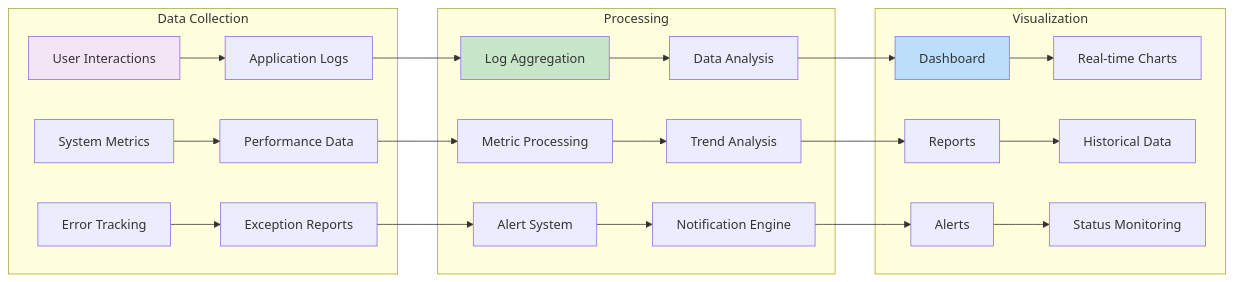
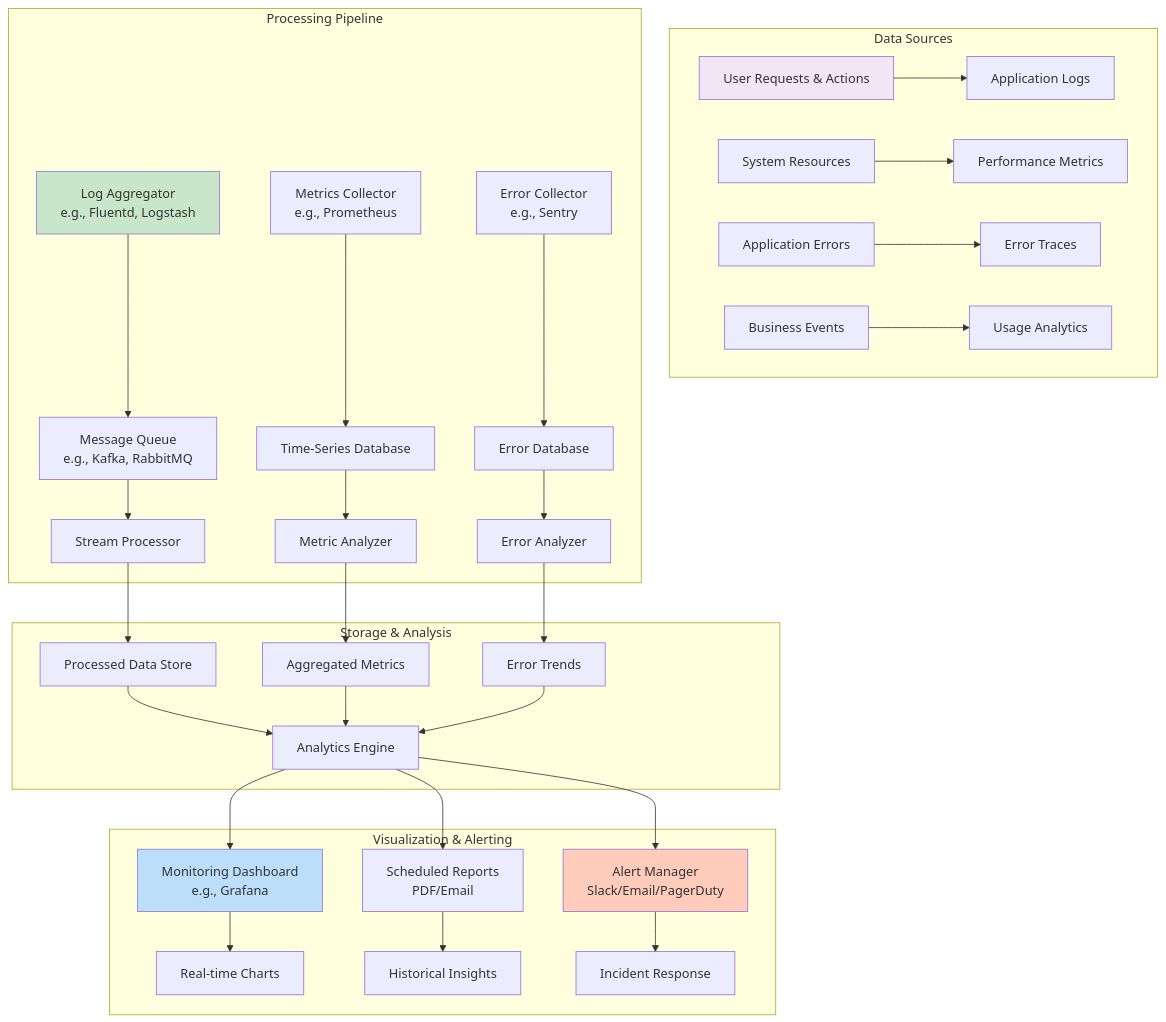
Diagram 12 of 12 in readme.md (thato2-5/text_summarizer), drawn with Mermaid before and after one commit. The commit also changed other lines of this file, not shown here.

Commit message:
Revise API and monitoring diagrams for better clarity
Updated API endpoints and monitoring diagrams for clarity.

````diff
--- a/readme.md
+++ b/readme.md
@@ -440,32 +440,44 @@
 ```mermaid
-graph LR
-    subgraph "Data Collection"
-        A[User Interactions] --> B[Application Logs]
-        C[System Metrics] --> D[Performance Data]
-        E[Error Tracking] --> F[Exception Reports]
+graph TB
+    subgraph "Data Sources"
+        A[User Requests & Actions] --> B[Application Logs]
+        C[System Resources] --> D[Performance Metrics]
+        E[Application Errors] --> F[Error Traces]
+        G[Business Events] --> H[Usage Analytics]
     end
 
-    subgraph "Processing"
-        G[Log Aggregation] --> H[Data Analysis]
-        I[Metric Processing] --> J[Trend Analysis]
-        K[Alert System] --> L[Notification Engine]
+    subgraph "Processing Pipeline"
+        I[Log Aggregator<br/>e.g., Fluentd, Logstash] --> J[Message Queue<br/>e.g., Kafka, RabbitMQ]
+        K[Metrics Collector<br/>e.g., Prometheus] --> L[Time-Series Database]
+        M[Error Collector<br/>e.g., Sentry] --> N[Error Database]
+        
+        J --> O[Stream Processor]
+        L --> P[Metric Analyzer]
+        N --> Q[Error Analyzer]
     end
 
-    subgraph "Visualization"
-        M[Dashboard] --> N[Real-time Charts]
-        O[Reports] --> P[Historical Data]
-        Q[Alerts] --> R[Status Monitoring]
+    subgraph "Storage & Analysis"
+        O --> R[Processed Data Store]
+        P --> S[Aggregated Metrics]
+        Q --> T[Error Trends]
+        
+        R --> U[Analytics Engine]
+        S --> U
+        T --> U
     end
 
-    B --> G
-    D --> I
-    F --> K
-    
-    H --> M
-    J --> O
-    L --> Q
+    subgraph "Visualization & Alerting"
+        U --> V[Monitoring Dashboard<br/>e.g., Grafana]
+        U --> W[Scheduled Reports<br/>PDF/Email]
+        U --> X[Alert Manager<br/>Slack/Email/PagerDuty]
+        
+        V --> Y[Real-time Charts]
+        W --> Z[Historical Insights]
+        X --> AA[Incident Response]
+    end
 
     style A fill:#f3e5f5
-    style G fill:#c8e6c9
-    style M fill:#bbdefb
+    style I fill:#c8e6c9
+    style V fill:#bbdefb
+    style X fill:#ffccbc
 ```
````
